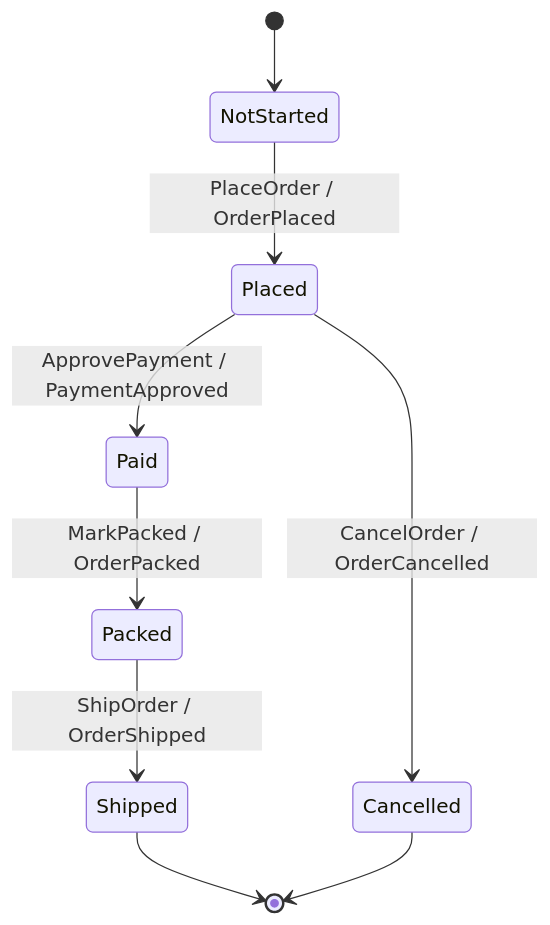
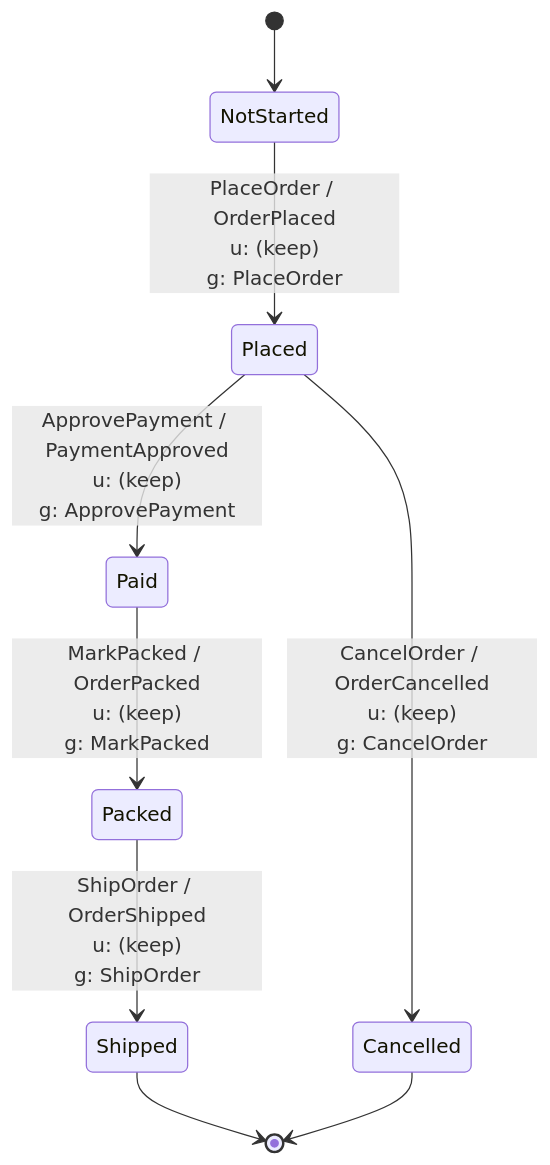
One commit to shinzui/keiro changed the first of 2 diagrams in docs/guides/build-the-command-side.md. Above: the diagram before and after it, drawn with Mermaid. The commit also changed other lines of this file and 17 other files, not shown here.

First line of the commit message:
feat(diagrams): adopt readable Keiki 0.8 rendering

````diff
--- a/docs/guides/build-the-command-side.md
+++ b/docs/guides/build-the-command-side.md
@@ -163,11 +163,11 @@
 ```mermaid
 stateDiagram-v2
     [*] --> NotStarted
-    NotStarted --> Placed : PlaceOrder / OrderPlaced
-    Placed --> Paid : ApprovePayment / PaymentApproved
-    Placed --> Cancelled : CancelOrder / OrderCancelled
-    Paid --> Packed : MarkPacked / OrderPacked
-    Packed --> Shipped : ShipOrder / OrderShipped
+    NotStarted --> Placed : PlaceOrder / OrderPlaced<br/>u: (keep)<br/>g: PlaceOrder
+    Placed --> Paid : ApprovePayment / PaymentApproved<br/>u: (keep)<br/>g: ApprovePayment
+    Placed --> Cancelled : CancelOrder / OrderCancelled<br/>u: (keep)<br/>g: CancelOrder
+    Paid --> Packed : MarkPacked / OrderPacked<br/>u: (keep)<br/>g: MarkPacked
+    Packed --> Shipped : ShipOrder / OrderShipped<br/>u: (keep)<br/>g: ShipOrder
     Shipped --> [*]
     Cancelled --> [*]
 ```
````
